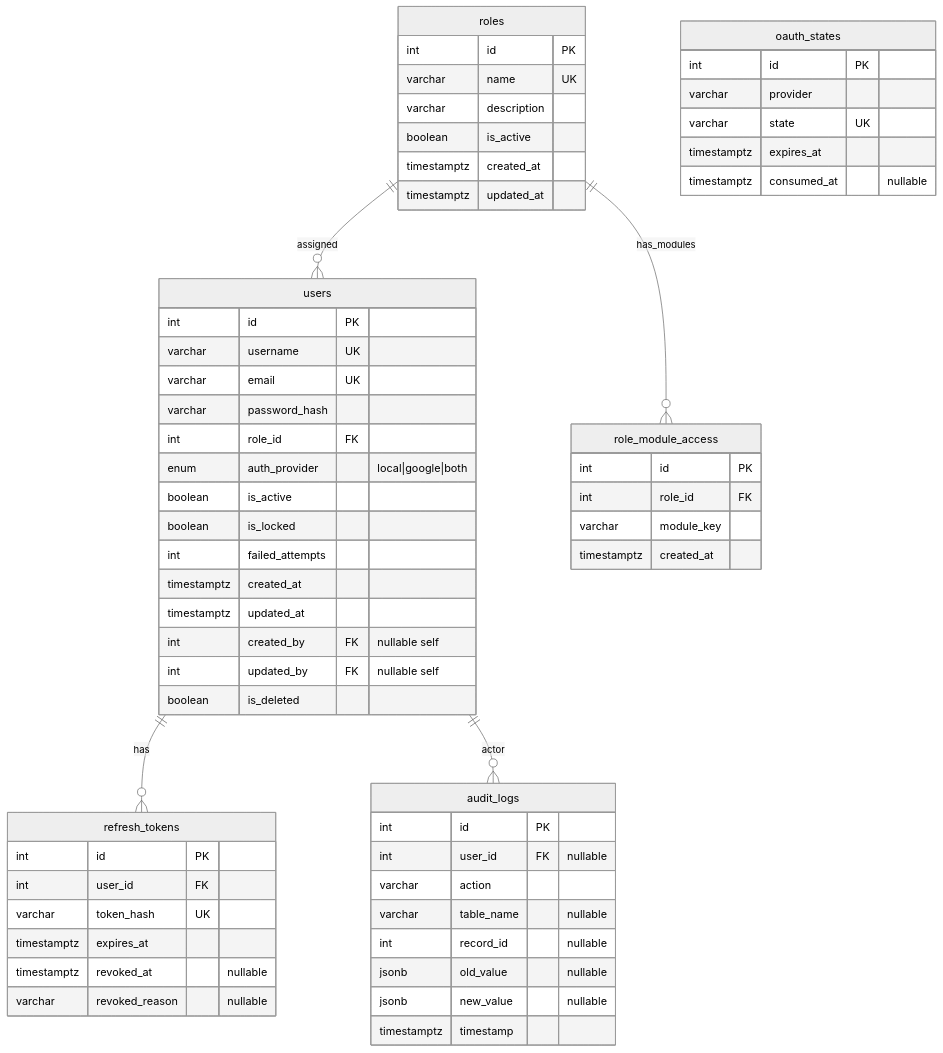
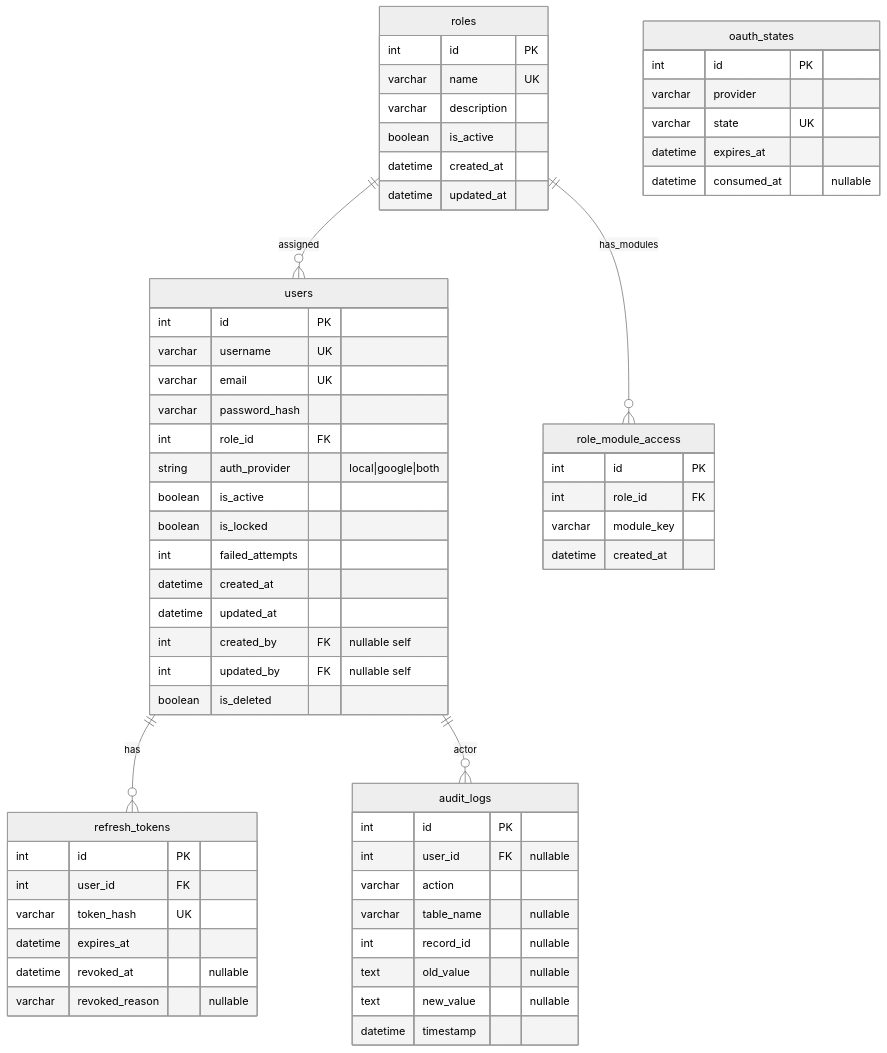
One commit to pruthvirajsourcecode925/ERP_Project changed the diagram in docs/er-diagrams/auth-rbac-erd.md. Above: the diagram before and after it, drawn with Mermaid (neutral theme).

Commit message:
Fix GitHub Mermaid rendering for Auth & RBAC ERD

````diff
--- a/docs/er-diagrams/auth-rbac-erd.md
+++ b/docs/er-diagrams/auth-rbac-erd.md
@@ -5,69 +5,69 @@
 ```mermaid
 erDiagram
     roles ||--o{ users : assigned
     roles ||--o{ role_module_access : has_modules
 
     users ||--o{ refresh_tokens : has
     users ||--o{ audit_logs : actor
 
     roles {
         int id PK
         varchar name UK
         varchar description
         boolean is_active
-        timestamptz created_at
-        timestamptz updated_at
+        datetime created_at
+        datetime updated_at
     }
 
     role_module_access {
         int id PK
         int role_id FK
         varchar module_key
-        timestamptz created_at
+        datetime created_at
     }
 
     users {
         int id PK
         varchar username UK
         varchar email UK
         varchar password_hash
         int role_id FK
-        enum auth_provider "local|google|both"
+        string auth_provider "local|google|both"
         boolean is_active
         boolean is_locked
         int failed_attempts
-        timestamptz created_at
-        timestamptz updated_at
+        datetime created_at
+        datetime updated_at
         int created_by FK "nullable self"
         int updated_by FK "nullable self"
         boolean is_deleted
     }
 
     refresh_tokens {
         int id PK
         int user_id FK
         varchar token_hash UK
-        timestamptz expires_at
-        timestamptz revoked_at "nullable"
+        datetime expires_at
+        datetime revoked_at "nullable"
         varchar revoked_reason "nullable"
     }
 
     oauth_states {
         int id PK
         varchar provider
         varchar state UK
-        timestamptz expires_at
-        timestamptz consumed_at "nullable"
+        datetime expires_at
+        datetime consumed_at "nullable"
     }
 
     audit_logs {
         int id PK
         int user_id FK "nullable"
         varchar action
         varchar table_name "nullable"
         int record_id "nullable"
-        jsonb old_value "nullable"
-        jsonb new_value "nullable"
-        timestamptz timestamp
+        text old_value "nullable"
+        text new_value "nullable"
+        datetime timestamp
     }
 ```
````
